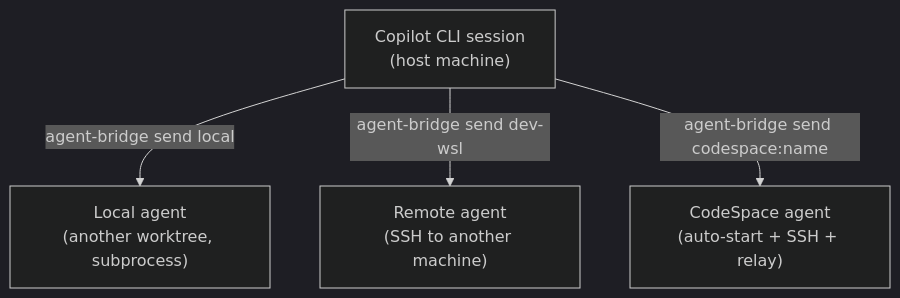
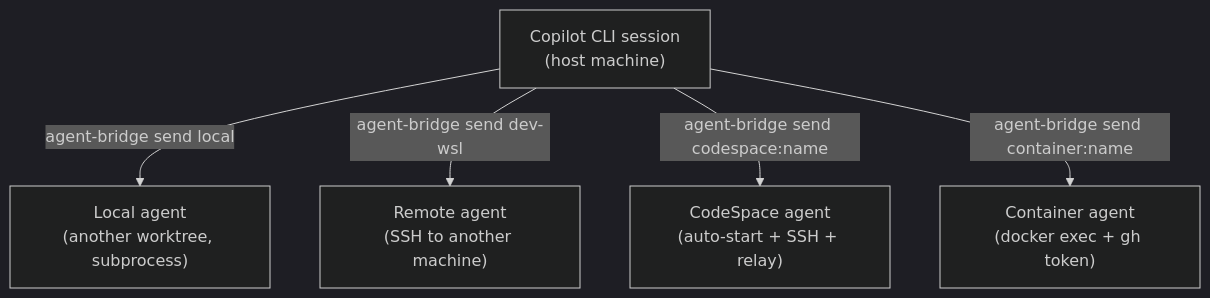
Before and after one commit to ThomasMichon/copilot-extensions: the fourth of 4 diagrams in docs/architecture.md, drawn with Mermaid (dark theme). The commit also changed other lines of this file and 32 other files, not shown here.

````diff
--- a/docs/architecture.md
+++ b/docs/architecture.md
@@ -116,7 +139,8 @@
 ```mermaid
 flowchart TB
     A["Copilot CLI session<br/>(host machine)"]
     A -->|"agent-bridge send local"| L["Local agent<br/>(another worktree, subprocess)"]
     A -->|"agent-bridge send dev-wsl"| R["Remote agent<br/>(SSH to another machine)"]
     A -->|"agent-bridge send codespace:name"| C["CodeSpace agent<br/>(auto-start + SSH + relay)"]
+    A -->|"agent-bridge send container:name"| N["Container agent<br/>(docker exec + gh token)"]
 ```
````
